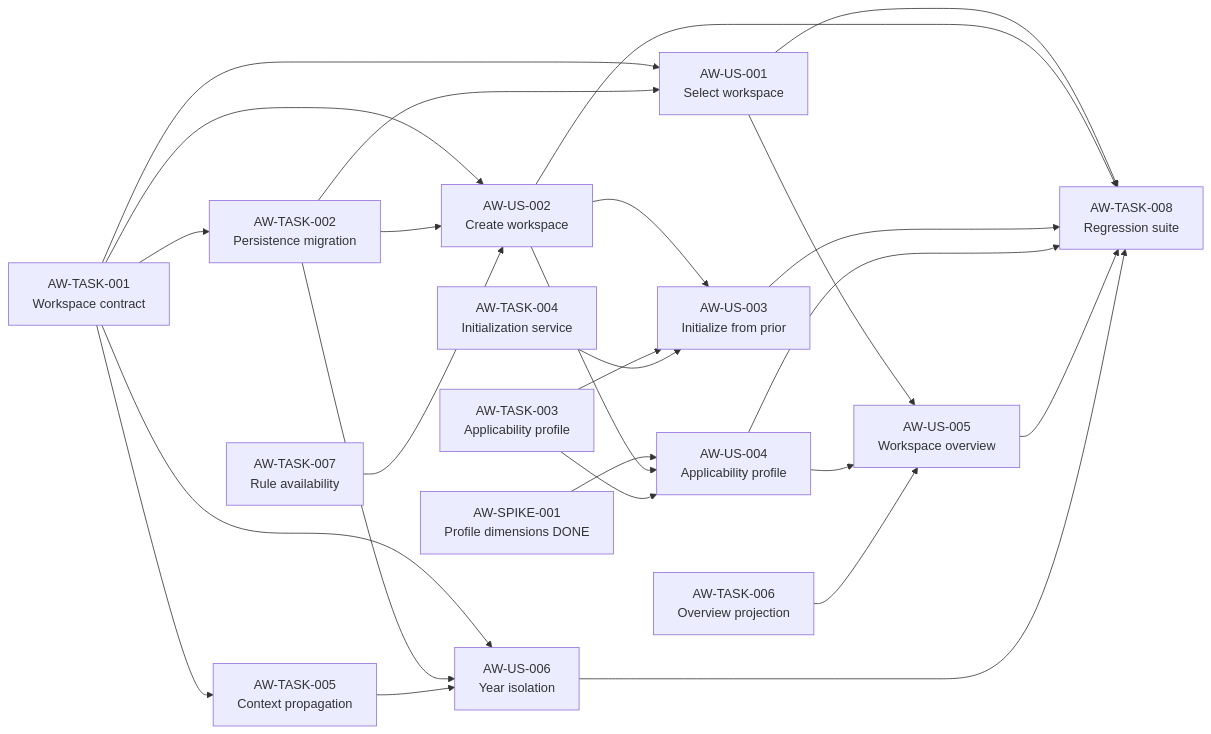
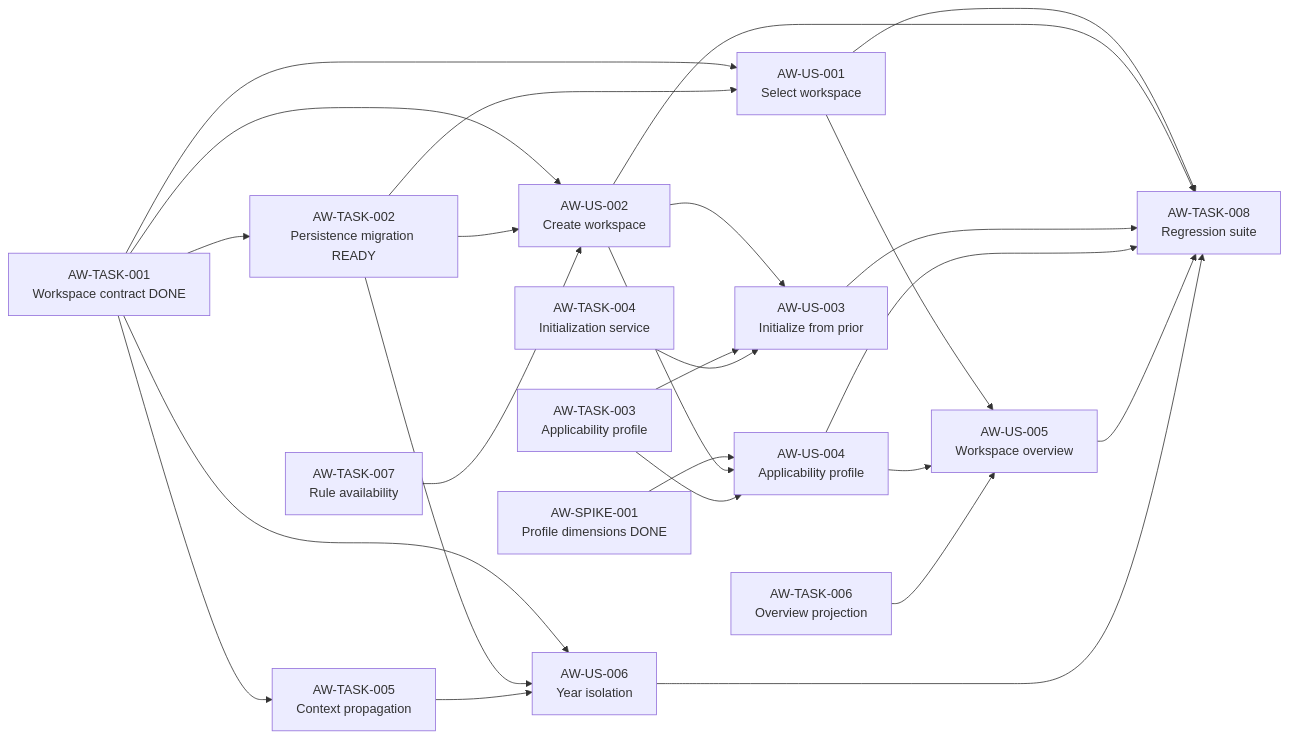
One commit to adumun/personal-tax-ledger changed the diagram in docs/backlog/stories/01-annual-workspace/enablers-and-dependencies.md. Above: the diagram before and after it, drawn with Mermaid. The commit also changed other lines of this file, not shown here.

````diff
--- a/docs/backlog/stories/01-annual-workspace/enablers-and-dependencies.md
+++ b/docs/backlog/stories/01-annual-workspace/enablers-and-dependencies.md
@@ -242,34 +243,34 @@
 ```mermaid
 flowchart LR
-  T1[AW-TASK-001\nWorkspace contract] --> T2[AW-TASK-002\nPersistence migration]
+  T1[AW-TASK-001\nWorkspace contract DONE] --> T2[AW-TASK-002\nPersistence migration READY]
   T1 --> T5[AW-TASK-005\nContext propagation]
   T1 --> U1[AW-US-001\nSelect workspace]
   T2 --> U1
 
   T1 --> U2[AW-US-002\nCreate workspace]
   T2 --> U2
   T7[AW-TASK-007\nRule availability] --> U2
 
   U2 --> U3[AW-US-003\nInitialize from prior]
   T3[AW-TASK-003\nApplicability profile] --> U3
   T4[AW-TASK-004\nInitialization service] --> U3
 
   S1[AW-SPIKE-001\nProfile dimensions DONE] --> U4[AW-US-004\nApplicability profile]
   U2 --> U4
   T3 --> U4
 
   U1 --> U5[AW-US-005\nWorkspace overview]
   U4 --> U5
   T6[AW-TASK-006\nOverview projection] --> U5
 
   T1 --> U6[AW-US-006\nYear isolation]
   T2 --> U6
   T5 --> U6
 
   U1 --> T8[AW-TASK-008\nRegression suite]
   U2 --> T8
   U3 --> T8
   U4 --> T8
   U5 --> T8
   U6 --> T8
 ```
````
